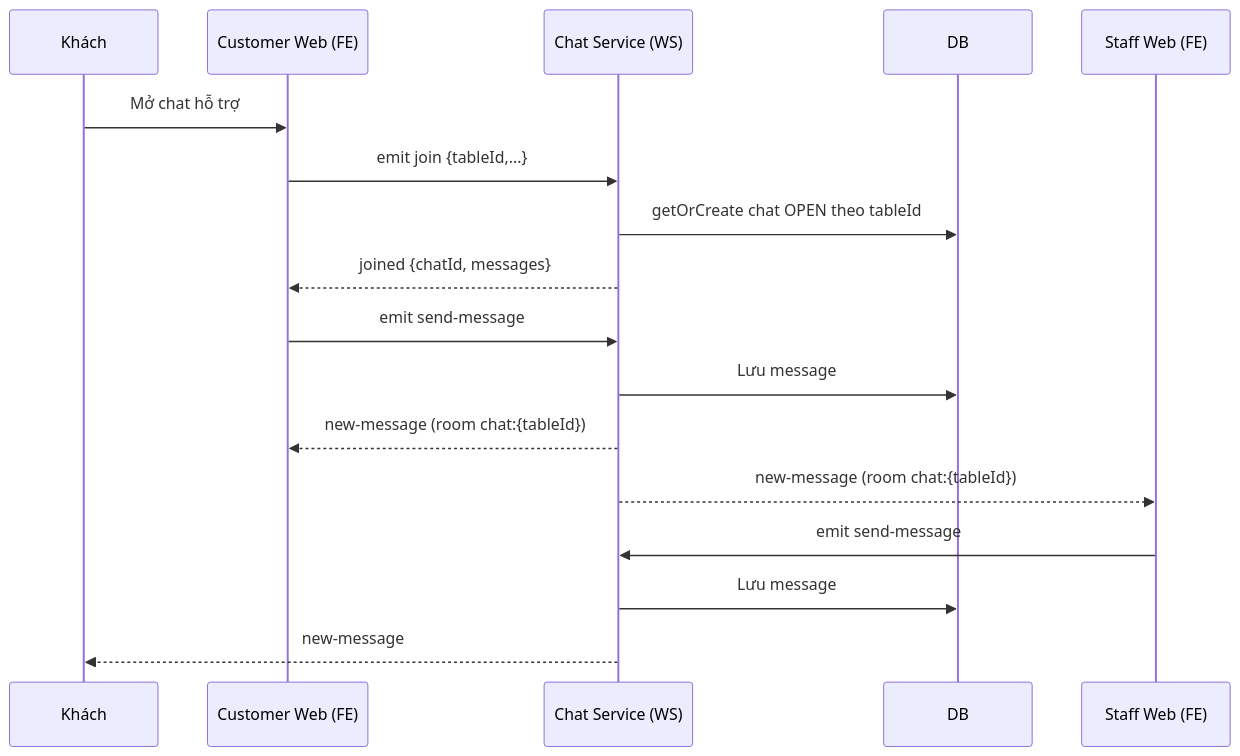
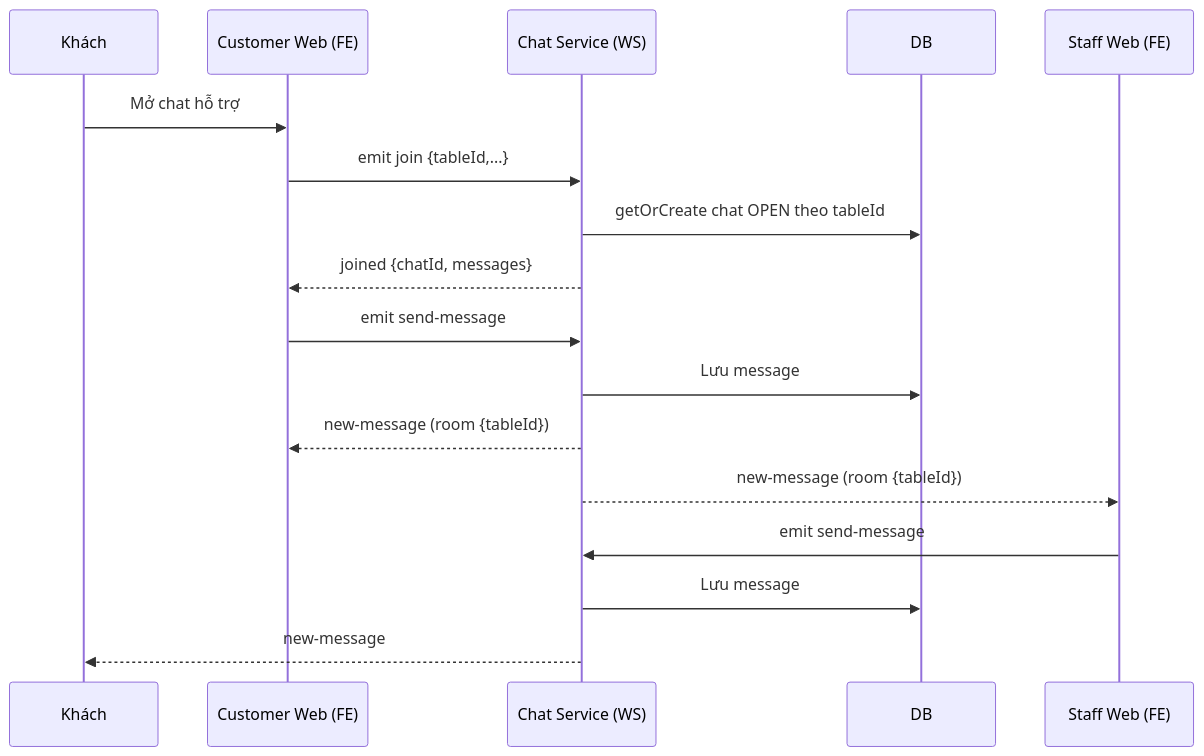
Before and after one commit to hoanggiakz/coffe-shop: the third of 3 diagrams in README.md, drawn with Mermaid. The commit also changed other lines of this file and 61 other files, not shown here.

Commit message:
feat: sync README, admin system config UI, chat room/docs alignment, sepay compatibility updates

````diff
--- a/README.md
+++ b/README.md
@@ -330,20 +345,20 @@
 ```mermaid
 sequenceDiagram
     participant Khách
     participant Customer Web (FE)
     participant Chat Service (WS)
     participant DB
     participant Staff Web (FE)
 
     Khách->>Customer Web (FE): Mở chat hỗ trợ
     Customer Web (FE)->>Chat Service (WS): emit join {tableId,...}
     Chat Service (WS)->>DB: getOrCreate chat OPEN theo tableId
     Chat Service (WS)-->>Customer Web (FE): joined {chatId, messages}
     Customer Web (FE)->>Chat Service (WS): emit send-message
     Chat Service (WS)->>DB: Lưu message
-    Chat Service (WS)-->>Customer Web (FE): new-message (room chat:{tableId})
-    Chat Service (WS)-->>Staff Web (FE): new-message (room chat:{tableId})
+    Chat Service (WS)-->>Customer Web (FE): new-message (room {tableId})
+    Chat Service (WS)-->>Staff Web (FE): new-message (room {tableId})
     Staff Web (FE)->>Chat Service (WS): emit send-message
     Chat Service (WS)->>DB: Lưu message
     Chat Service (WS)-->>Khách: new-message
 ```
````
